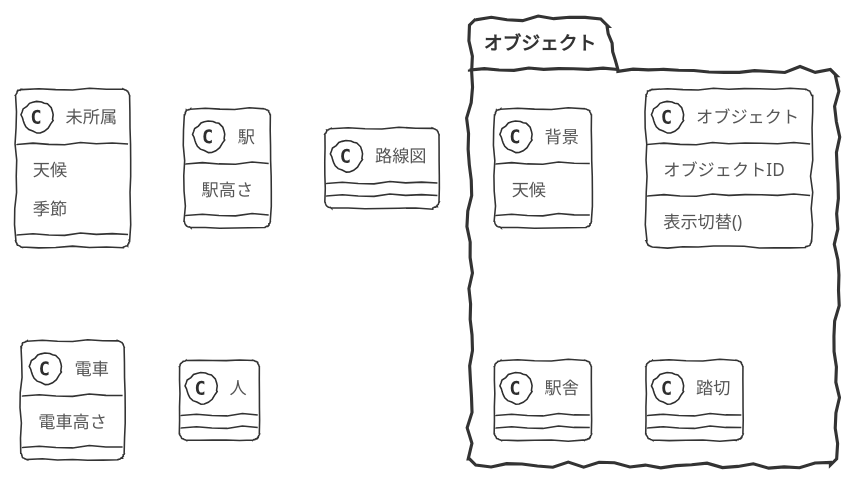
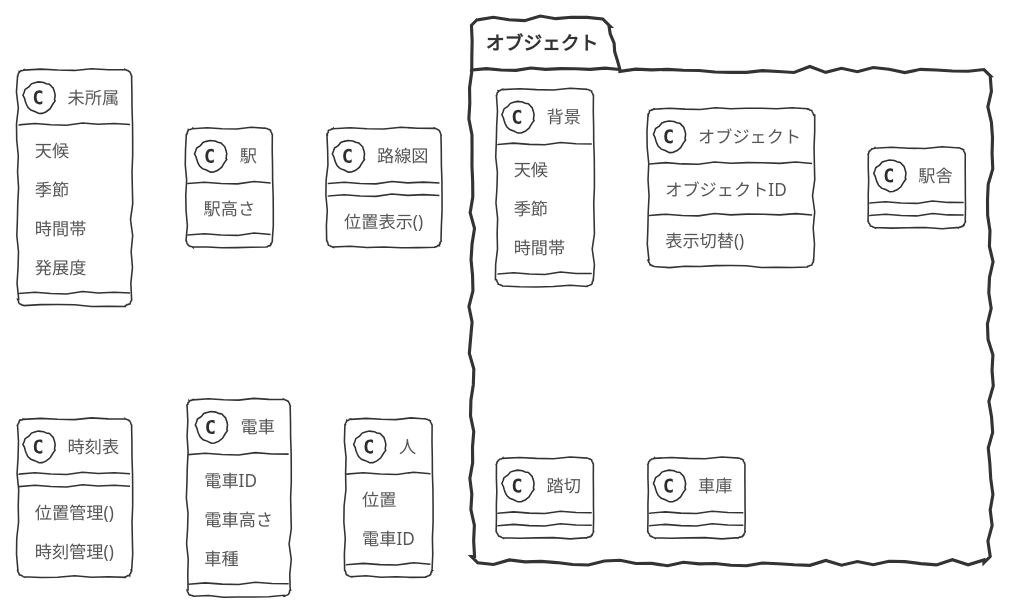
Before and after one commit to ssmxgo/tazawa_prj01: the diagram in tazawa.puml, drawn with PlantUML. The commit also changed 1 other file, not shown here.

```diff
--- a/tazawa.puml
+++ b/tazawa.puml
@@ -1,37 +1,55 @@
 @startuml まとめ
 !theme sketchy-outline
 class 未所属{
     天候
     季節
+    時間帯
+    発展度
 }
 class 駅 {
     駅高さ
     }
 
-class 路線図 {}
+class 路線図 {
+位置表示()
+}
+
+class 時刻表{
+位置管理()
+時刻管理()
+}
 
 class 電車 {
+電車ID
     電車高さ
+    車種
 }
 
-class 人 {}
+class 人 {
+位置
+電車ID
+}
 
 package オブジェクト{
 class 背景{
     天候
+季節
+時間帯
+}
 
-}
+
 
 '各風景 駅舎 建築物
 class オブジェクト{
     オブジェクトID
     表示切替()
 }
 class 駅舎{}
 class 踏切{}
+class 車庫{}
 
 }
 
 'scratchでコードによるオブジェクト生成/削除できるのか？
 
 @enduml
```
